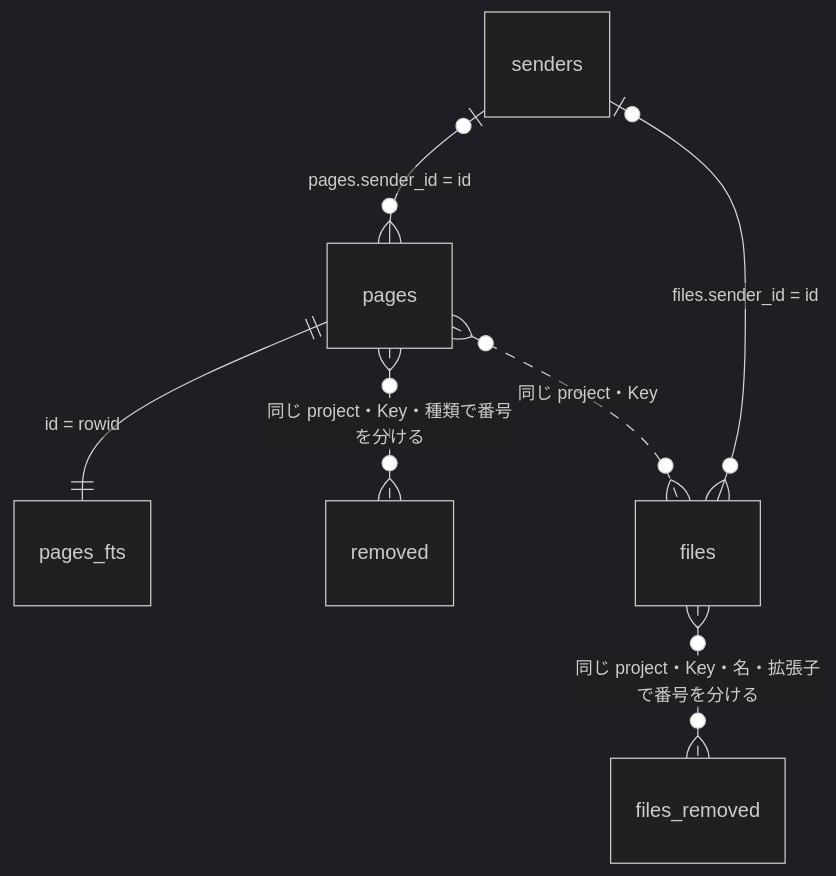
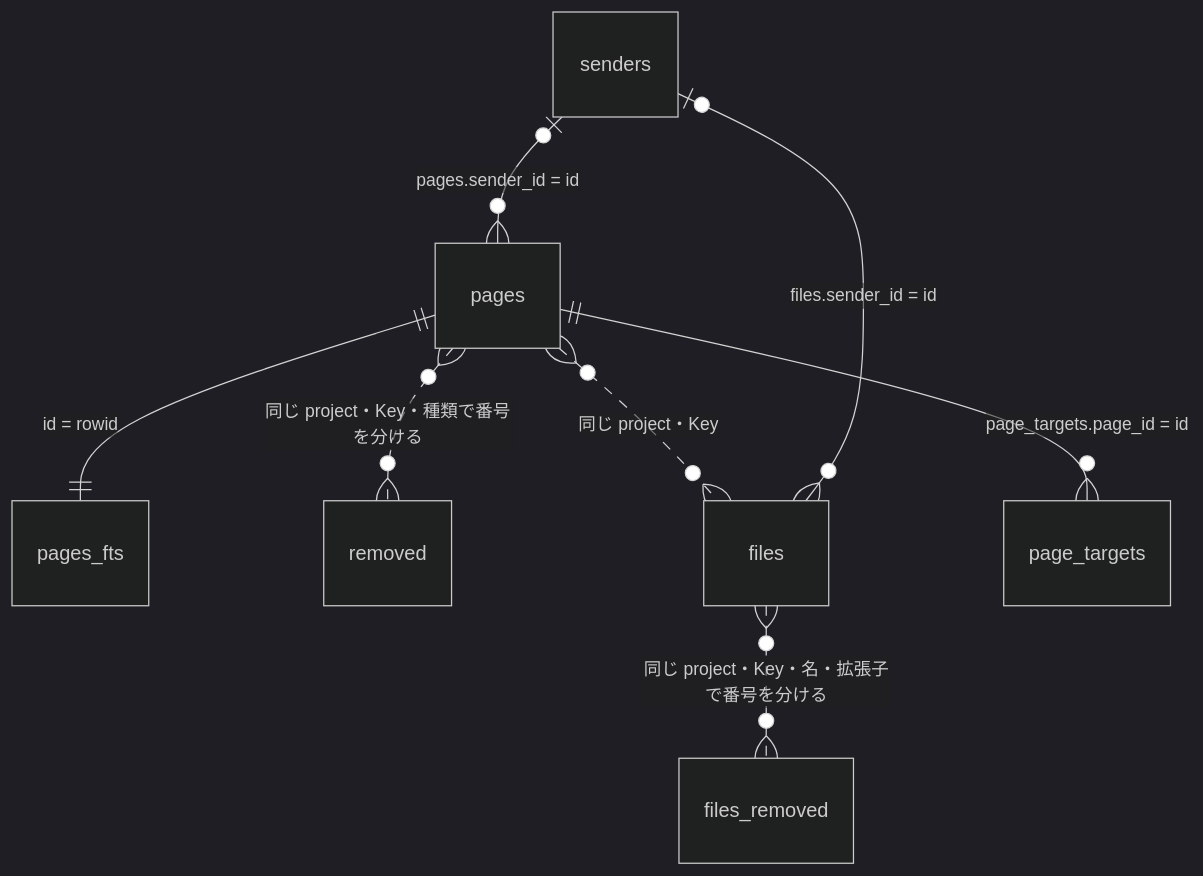
Before and after one commit to uraitakahito/pagetray: the diagram in docs/src/db.md, drawn with Mermaid (dark theme). The commit also changed other lines of this file and 36 other files, not shown here.

````diff
--- a/docs/src/db.md
+++ b/docs/src/db.md
@@ -11,9 +11,10 @@
 ```mermaid
 erDiagram
   pages ||--|| pages_fts : "id = rowid"
   pages }o..o{ removed : "同じ project・Key・種類で番号を分ける"
   pages }o..o{ files : "同じ project・Key"
   files }o..o{ files_removed : "同じ project・Key・名・拡張子で番号を分ける"
   senders |o--o{ pages : "pages.sender_id = id"
   senders |o--o{ files : "files.sender_id = id"
+  pages ||--o{ page_targets : "page_targets.page_id = id"
 ```
````
